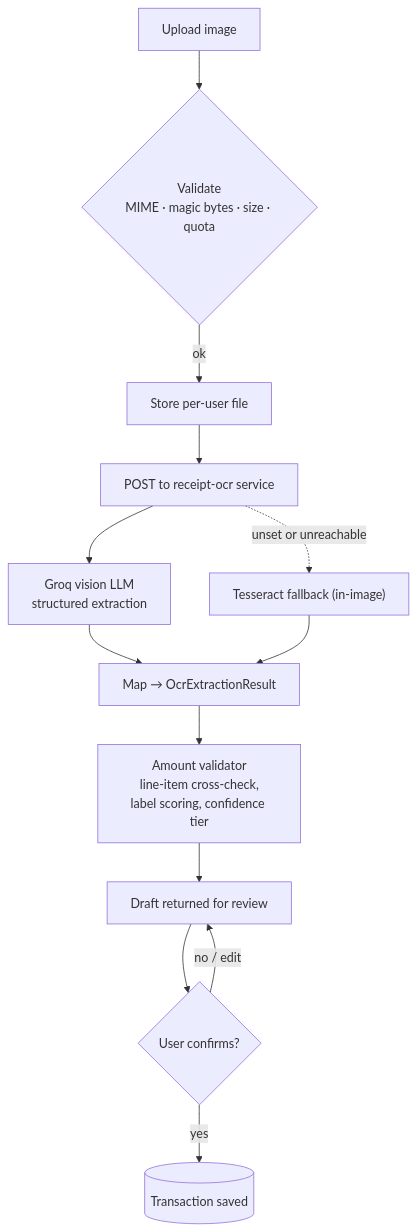
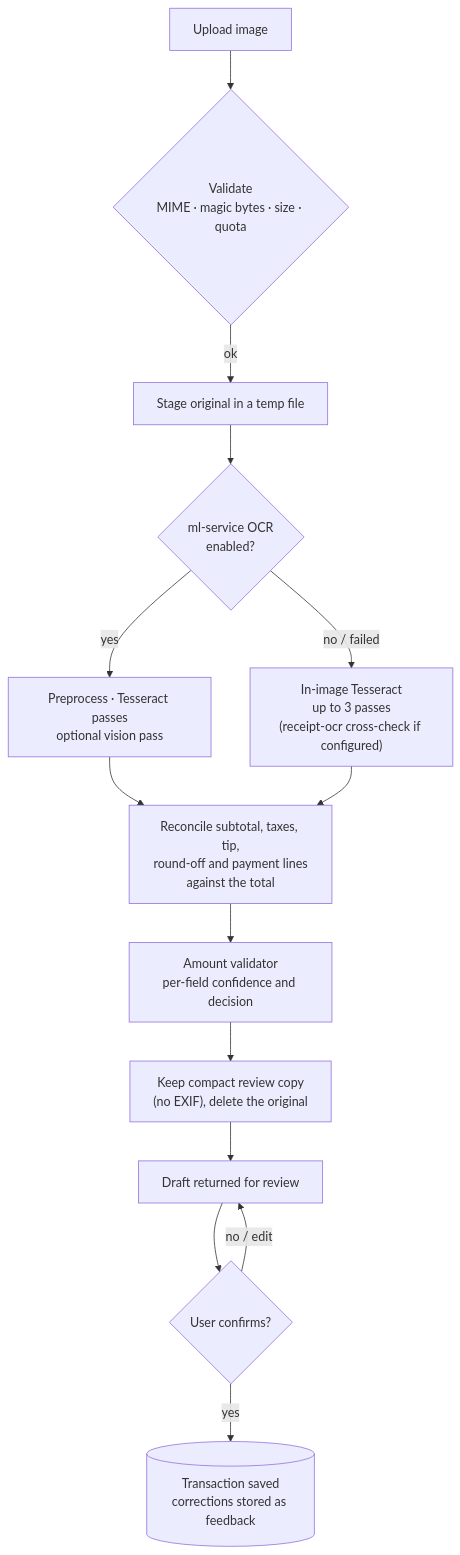
One commit to mithunveluru/flowsight changed the fifth of 7 diagrams in README.md. Above: the diagram before and after it, drawn with Mermaid. The commit also changed other lines of this file and 2 other files, not shown here.

First line of the commit message:
docs: describe the ML stack, flags and ml-service deployment

````diff
--- a/README.md
+++ b/README.md
@@ -373,14 +521,16 @@
 ```mermaid
 flowchart TB
     U["Upload image"] --> V{"Validate<br/>MIME · magic bytes · size · quota"}
-    V -- "ok" --> ST["Store per-user file"]
-    ST --> P["POST to receipt-ocr service"]
-    P --> LLM["Groq vision LLM<br/>structured extraction"]
-    LLM --> MAP["Map → OcrExtractionResult"]
-    MAP --> AV["Amount validator<br/>line-item cross-check,<br/>label scoring, confidence tier"]
-    AV --> R["Draft returned for review"]
+    V -- "ok" --> ST["Stage original in a temp file"]
+    ST --> X{"ml-service OCR<br/>enabled?"}
+    X -- "yes" --> MLO["Preprocess · Tesseract passes<br/>optional vision pass"]
+    X -- "no / failed" --> TESS["In-image Tesseract<br/>up to 3 passes<br/>(receipt-ocr cross-check if configured)"]
+    MLO --> REC["Reconcile subtotal, taxes, tip,<br/>round-off and payment lines<br/>against the total"]
+    TESS --> REC
+    REC --> AV["Amount validator<br/>per-field confidence and decision"]
+    AV --> KEEP["Keep compact review copy<br/>(no EXIF), delete the original"]
+    KEEP --> R["Draft returned for review"]
     R --> CF{"User confirms?"}
-    CF -- "yes" --> TX[("Transaction saved")]
+    CF -- "yes" --> TX[("Transaction saved<br/>corrections stored as feedback")]
     CF -- "no / edit" --> R
-    P -. "unset or unreachable" .-> TESS["Tesseract fallback (in-image)"] --> MAP
 ```
````
